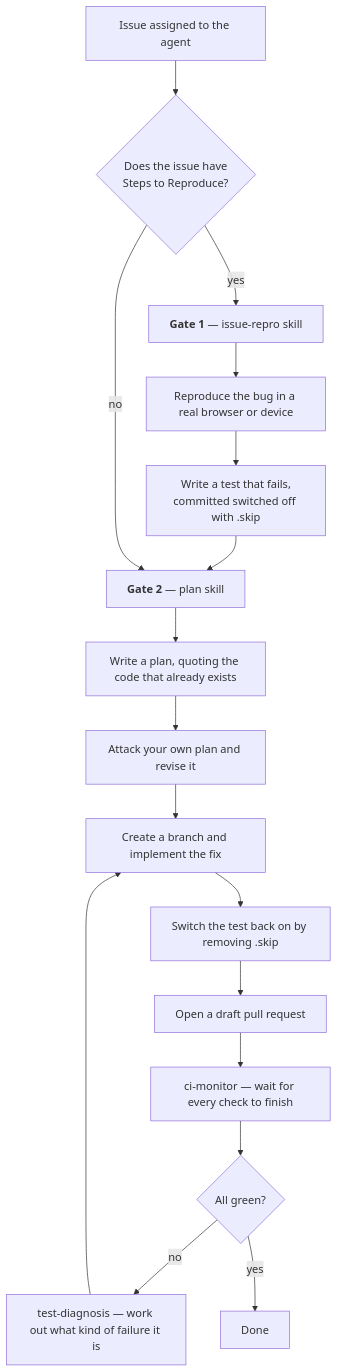
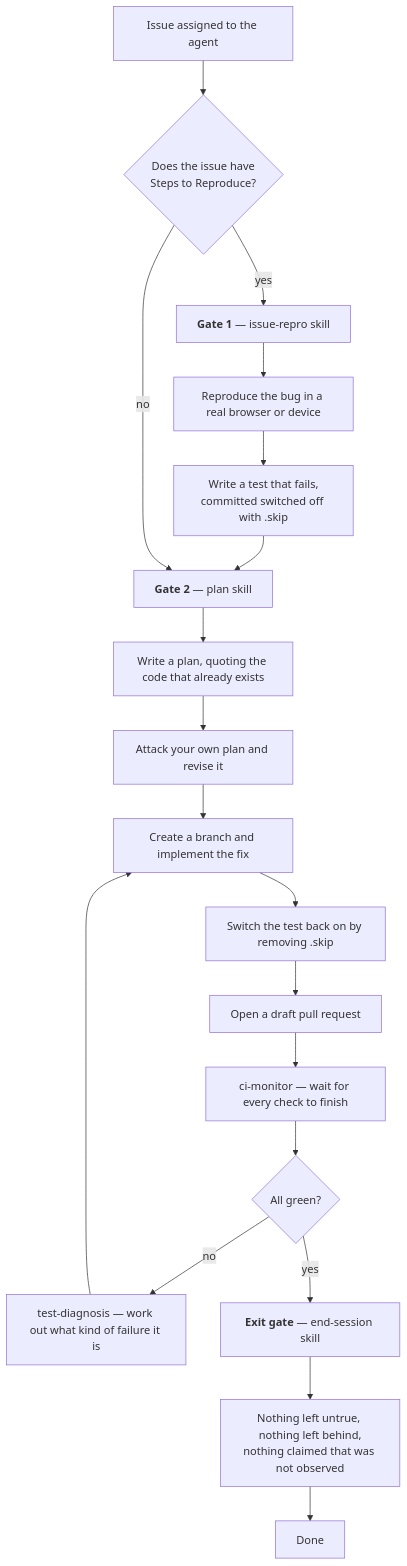
The second of 2 diagrams in docs/agents/readme.md (cybersemics/em), drawn with Mermaid before and after one commit. The commit also changed other lines of this file and 6 other files, not shown here.

First line of the commit message:
feat: add the end-session exit gate and docs-sync

````diff
--- a/docs/agents/readme.md
+++ b/docs/agents/readme.md
@@ -69,29 +69,33 @@
 ```mermaid
 flowchart TD
     A["Issue assigned to the agent"] --> B{"Does the issue have<br/>Steps to Reproduce?"}
     B -- yes --> C["<b>Gate 1</b> — issue-repro skill"]
     C --> C1["Reproduce the bug in a real browser or device"]
     C1 --> C2["Write a test that fails,<br/>committed switched off with .skip"]
     C2 --> D["<b>Gate 2</b> — plan skill"]
     B -- no --> D
     D --> D1["Write a plan, quoting the code that already exists"]
     D1 --> D2["Attack your own plan and revise it"]
     D2 --> E["Create a branch and implement the fix"]
     E --> E1["Switch the test back on by removing .skip"]
     E1 --> F["Open a draft pull request"]
     F --> G["ci-monitor — wait for every check to finish"]
     G --> H{"All green?"}
     H -- no --> I["test-diagnosis — work out what kind of failure it is"]
     I --> E
-    H -- yes --> K["Done"]
+    H -- yes --> J["<b>Exit gate</b> — end-session skill"]
+    J --> J1["Nothing left untrue, nothing left behind,<br/>nothing claimed that was not observed"]
+    J1 --> K["Done"]
 
     click C "https://github.com/cybersemics/em/blob/HEAD/docs/agents/skills.md#issue-repro" "The issue-repro skill"
     click C1 "https://github.com/cybersemics/em/blob/HEAD/docs/agents/skills.md#browser-control" "How the browser is brought up"
     click C2 "https://github.com/cybersemics/em/blob/HEAD/docs/agents/tdd.md" "Why the test is committed switched off"
     click D "https://github.com/cybersemics/em/blob/HEAD/docs/agents/skills.md#plan" "The plan skill"
     click D1 "https://github.com/cybersemics/em/blob/HEAD/docs/agents/skills.md#plan" "What the plan must contain"
     click D2 "https://github.com/cybersemics/em/blob/HEAD/docs/agents/skills.md#plan" "The critique stage"
     click E1 "https://github.com/cybersemics/em/blob/HEAD/docs/agents/tdd.md#why-locally-run-tests-ignore-the-skip" "Switching the test back on"
     click G "https://github.com/cybersemics/em/blob/HEAD/docs/agents/skills.md#ci-monitor" "The ci-monitor skill"
     click I "https://github.com/cybersemics/em/blob/HEAD/docs/agents/skills.md#test-diagnosis" "The test-diagnosis skill"
+    click J "https://github.com/cybersemics/em/blob/HEAD/docs/agents/skills.md#end-session" "The end-session skill"
+    click J1 "https://github.com/cybersemics/em/blob/HEAD/docs/agents/skills.md#end-session" "The exit checklist, step by step"
 ```
````
